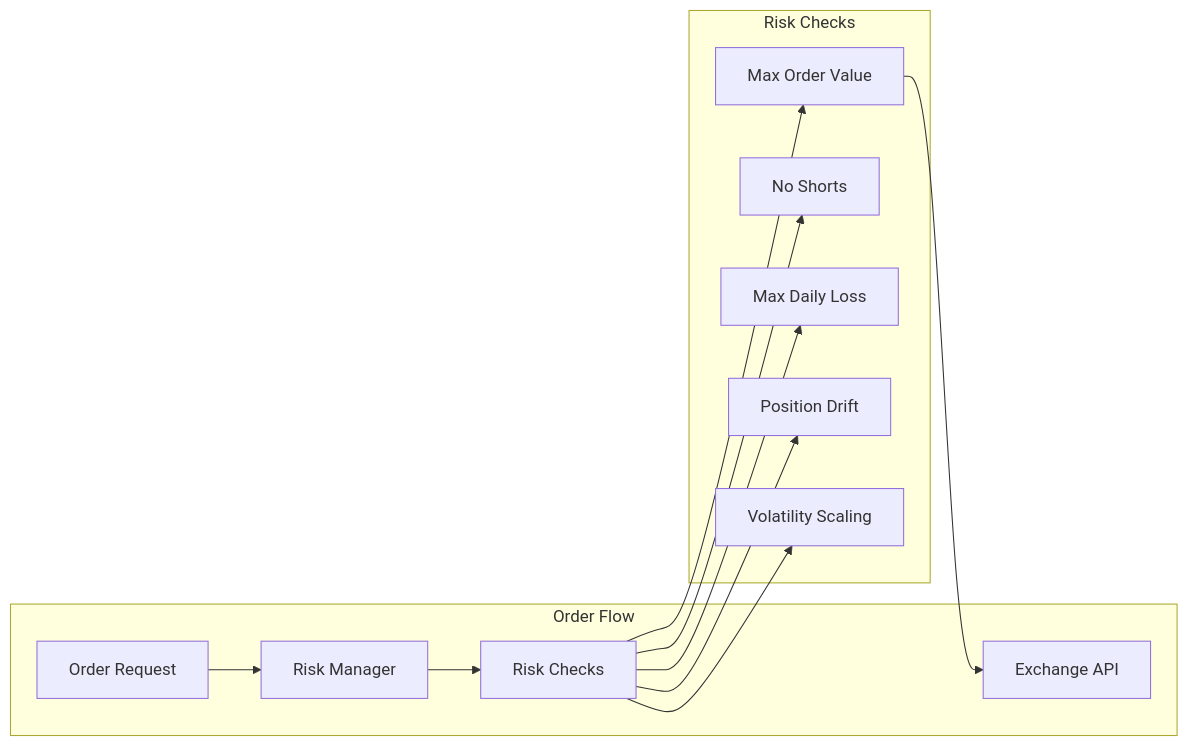
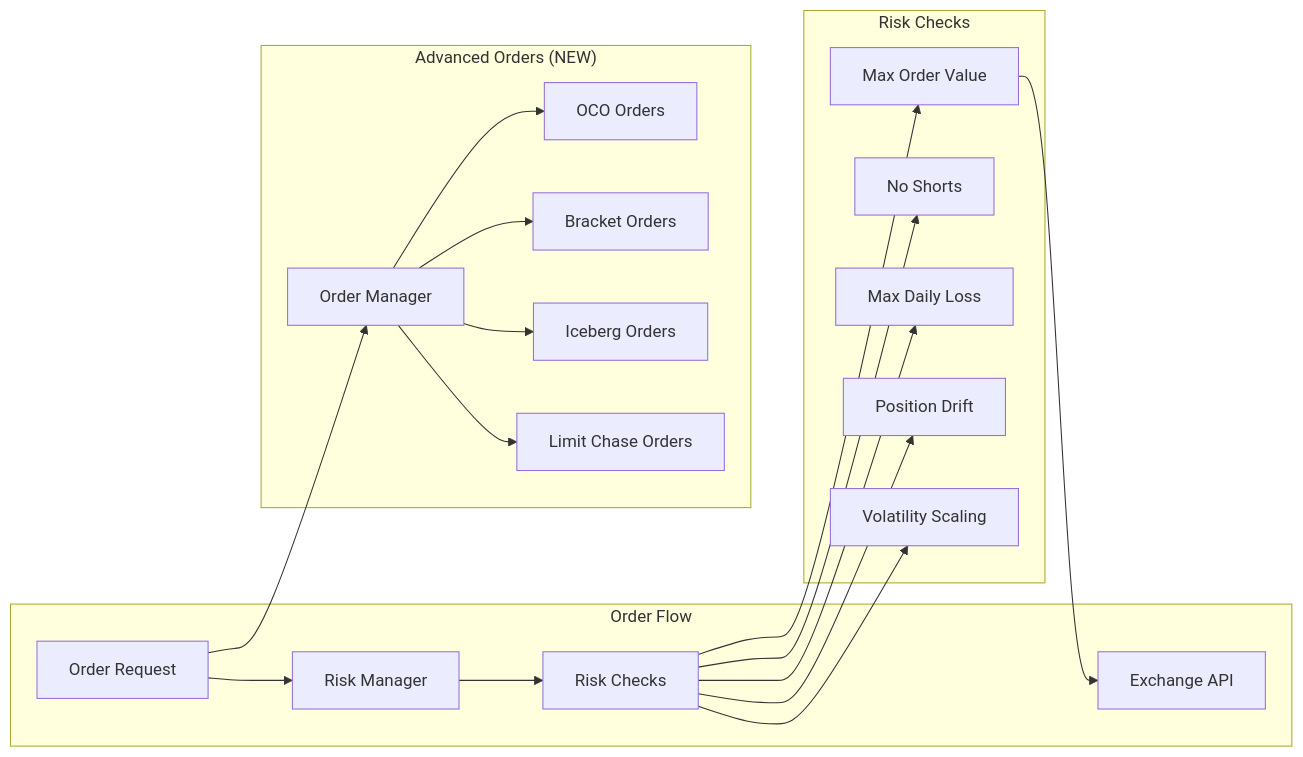
Before and after one commit to afobsidian/AlphaField: the fifth of 10 diagrams in doc/architecture.md, drawn with Mermaid. The commit also changed other lines of this file and 4 other files, not shown here.

Commit message:
Add ML and advanced orders documentation

````diff
--- a/doc/architecture.md
+++ b/doc/architecture.md
@@ -189,26 +198,39 @@
 ```mermaid
 graph LR
     subgraph "Order Flow"
         Order[Order Request]
         Risk[Risk Manager]
         Checks[Risk Checks]
         Exchange[Exchange API]
     end
     
     subgraph "Risk Checks"
         MaxOrder[Max Order Value]
         NoShorts[No Shorts]
         MaxLoss[Max Daily Loss]
         Drift[Position Drift]
         VolScale[Volatility Scaling]
     end
     
+    subgraph "Advanced Orders (NEW)"
+        OCO[OCO Orders]
+        Bracket[Bracket Orders]
+        Iceberg[Iceberg Orders]
+        LimitChase[Limit Chase Orders]
+        OrderManager[Order Manager]
+    end
+    
     Order --> Risk
     Risk --> Checks
     Checks --> MaxOrder
     Checks --> NoShorts
     Checks --> MaxLoss
     Checks --> Drift
     Checks --> VolScale
     MaxOrder --> Exchange
+    Order --> OrderManager
+    OrderManager --> OCO
+    OrderManager --> Bracket
+    OrderManager --> Iceberg
+    OrderManager --> LimitChase
 ```
````
